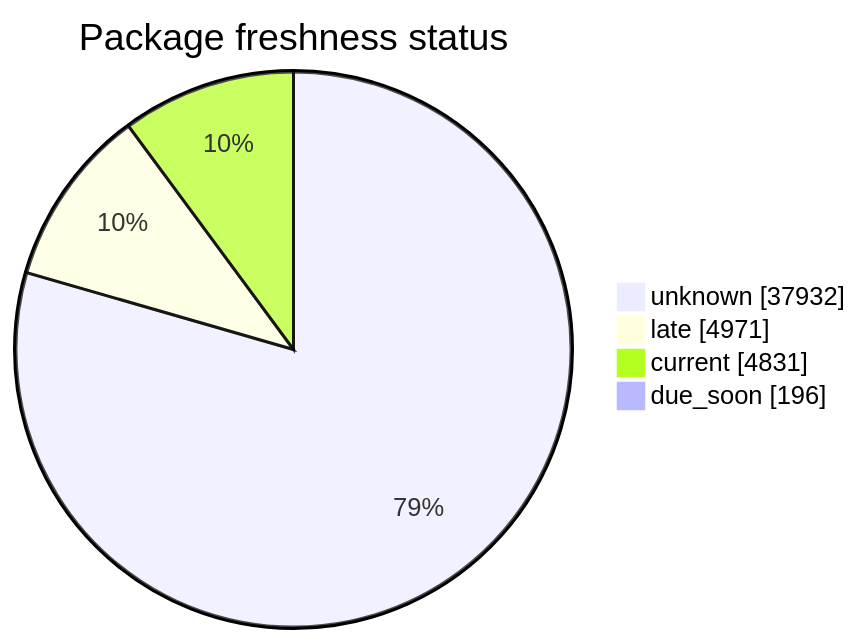
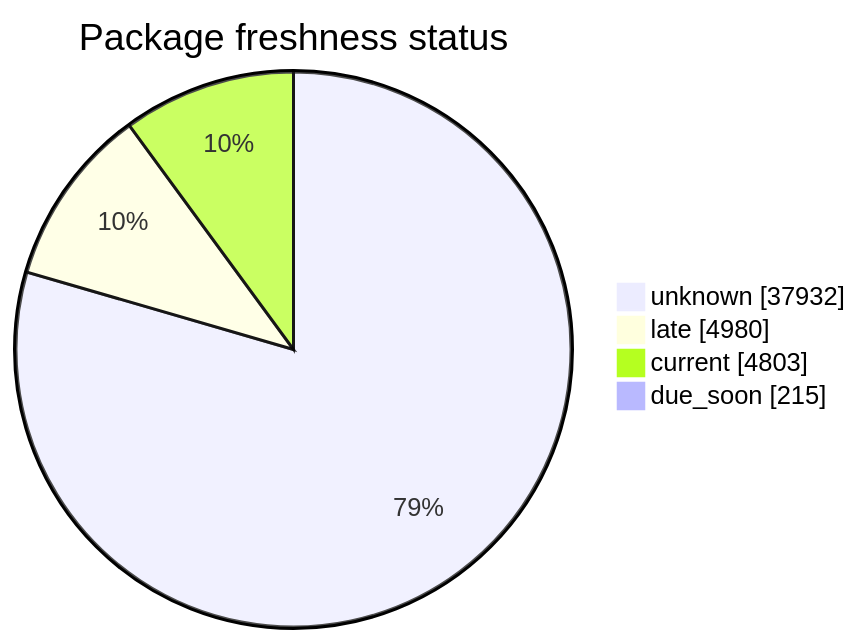
Before and after one commit to open-data/analytics-corporate-reporting: the second of 5 diagrams in FreshCheck/README.md, drawn with Mermaid. The commit also changed other lines of this file and 3 other files, not shown here.

````diff
--- a/FreshCheck/README.md
+++ b/FreshCheck/README.md
@@ -68,7 +68,7 @@
 ```mermaid
 pie showData title Package freshness status
     "unknown": 37932
-    "late": 4971
-    "current": 4831
-    "due_soon": 196
+    "late": 4980
+    "current": 4803
+    "due_soon": 215
 ```
````
